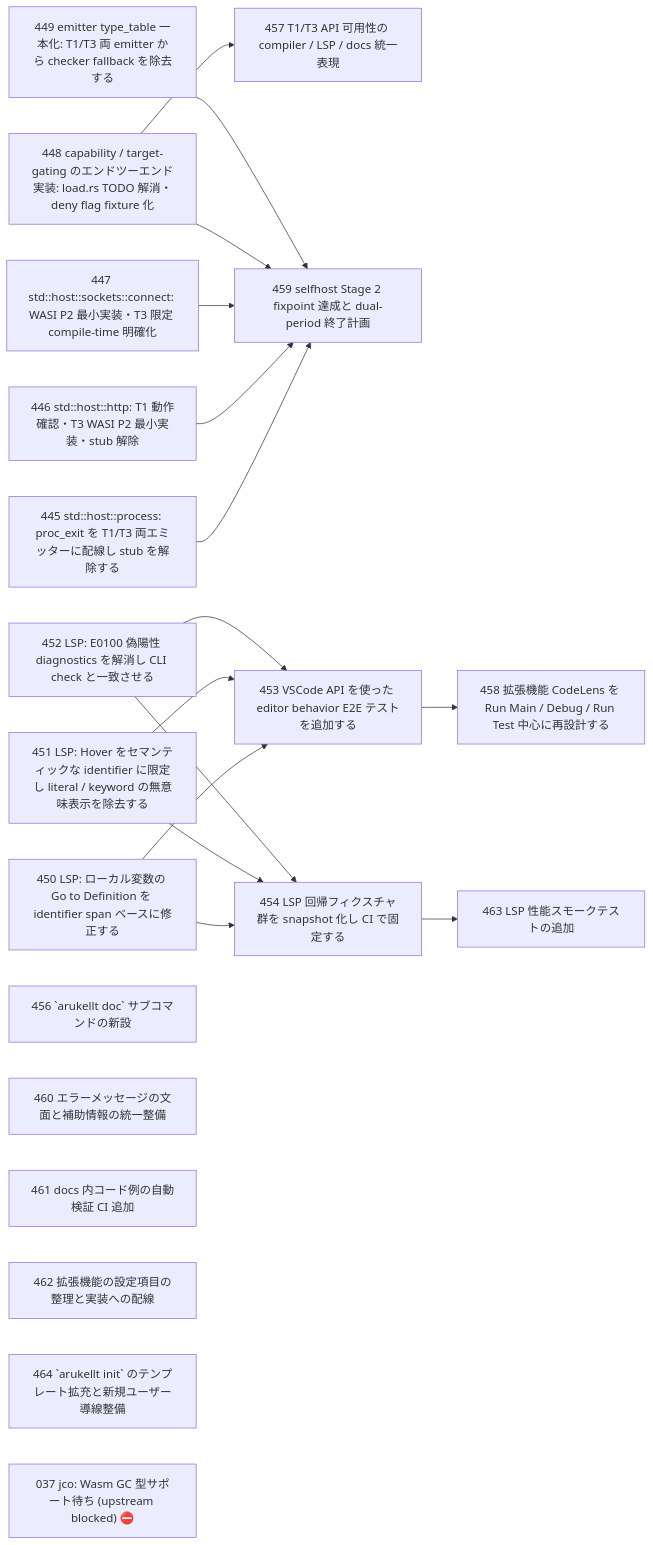
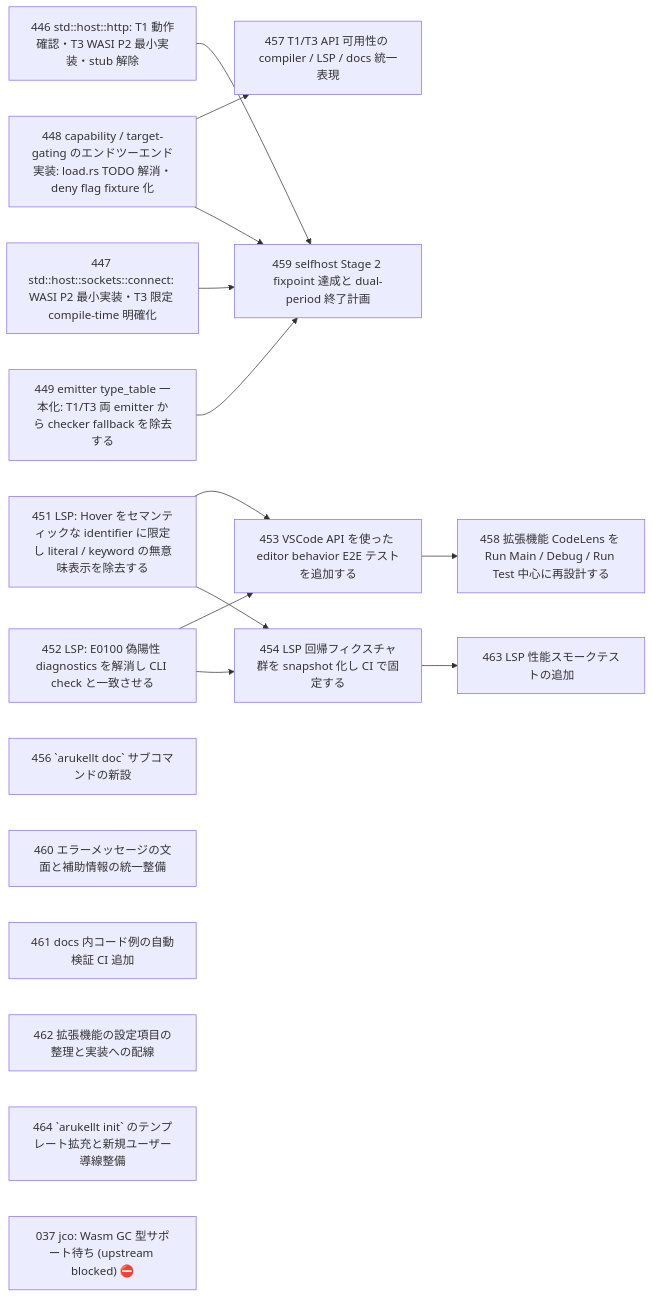
One commit to wogikaze/arukellt changed the diagram in issues/open/dependency-graph.md. Above: the diagram before and after it, drawn with Mermaid. The commit also changed other lines of this file and 2 other files, not shown here.

First paragraph of the commit message:
runtime(445): wire proc_exit for std::host::process T1/T3 emitters
Close issue 445 — mark all acceptance criteria as done and move to issues/done/.

````diff
--- a/issues/open/dependency-graph.md
+++ b/issues/open/dependency-graph.md
@@ -7,37 +7,32 @@
 ```mermaid
 graph LR
-  I445["445 std::host::process: proc_exit を T1/T3 両エミッターに配線し stub を解除する"]
   I446["446 std::host::http: T1 動作確認・T3 WASI P2 最小実装・stub 解除"]
   I447["447 std::host::sockets::connect: WASI P2 最小実装・T3 限定 compile-time 明確化"]
   I448["448 capability / target-gating のエンドツーエンド実装: load.rs TODO 解消・deny flag fixture 化"]
   I449["449 emitter type_table 一本化: T1/T3 両 emitter から checker fallback を除去する"]
-  I450["450 LSP: ローカル変数の Go to Definition を identifier span ベースに修正する"]
   I451["451 LSP: Hover をセマンティックな identifier に限定し literal / keyword の無意味表示を除去する"]
   I452["452 LSP: E0100 偽陽性 diagnostics を解消し CLI check と一致させる"]
   I456["456 `arukellt doc` サブコマンドの新設"]
   I460["460 エラーメッセージの文面と補助情報の統一整備"]
   I461["461 docs 内コード例の自動検証 CI 追加"]
   I462["462 拡張機能の設定項目の整理と実装への配線"]
   I464["464 `arukellt init` のテンプレート拡充と新規ユーザー導線整備"]
   I457["457 T1/T3 API 可用性の compiler / LSP / docs 統一表現"]
   I459["459 selfhost Stage 2 fixpoint 達成と dual-period 終了計画"]
   I453["453 VSCode API を使った editor behavior E2E テストを追加する"]
   I454["454 LSP 回帰フィクスチャ群を snapshot 化し CI で固定する"]
   I458["458 拡張機能 CodeLens を Run Main / Debug / Run Test 中心に再設計する"]
   I463["463 LSP 性能スモークテストの追加"]
   I037["037 jco: Wasm GC 型サポート待ち (upstream blocked) ⛔"]
   I448 --> I457
-  I445 --> I459
   I446 --> I459
   I447 --> I459
   I448 --> I459
   I449 --> I459
-  I450 --> I453
   I451 --> I453
   I452 --> I453
-  I450 --> I454
   I451 --> I454
   I452 --> I454
   I453 --> I458
   I454 --> I463
 ```
````
